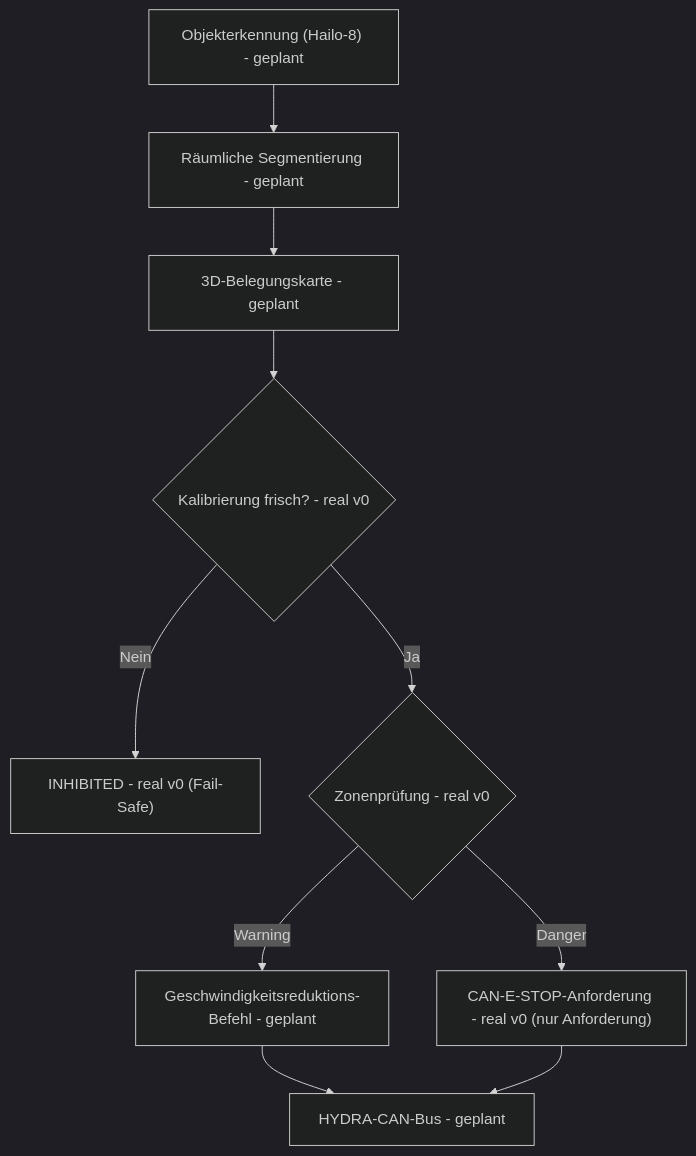
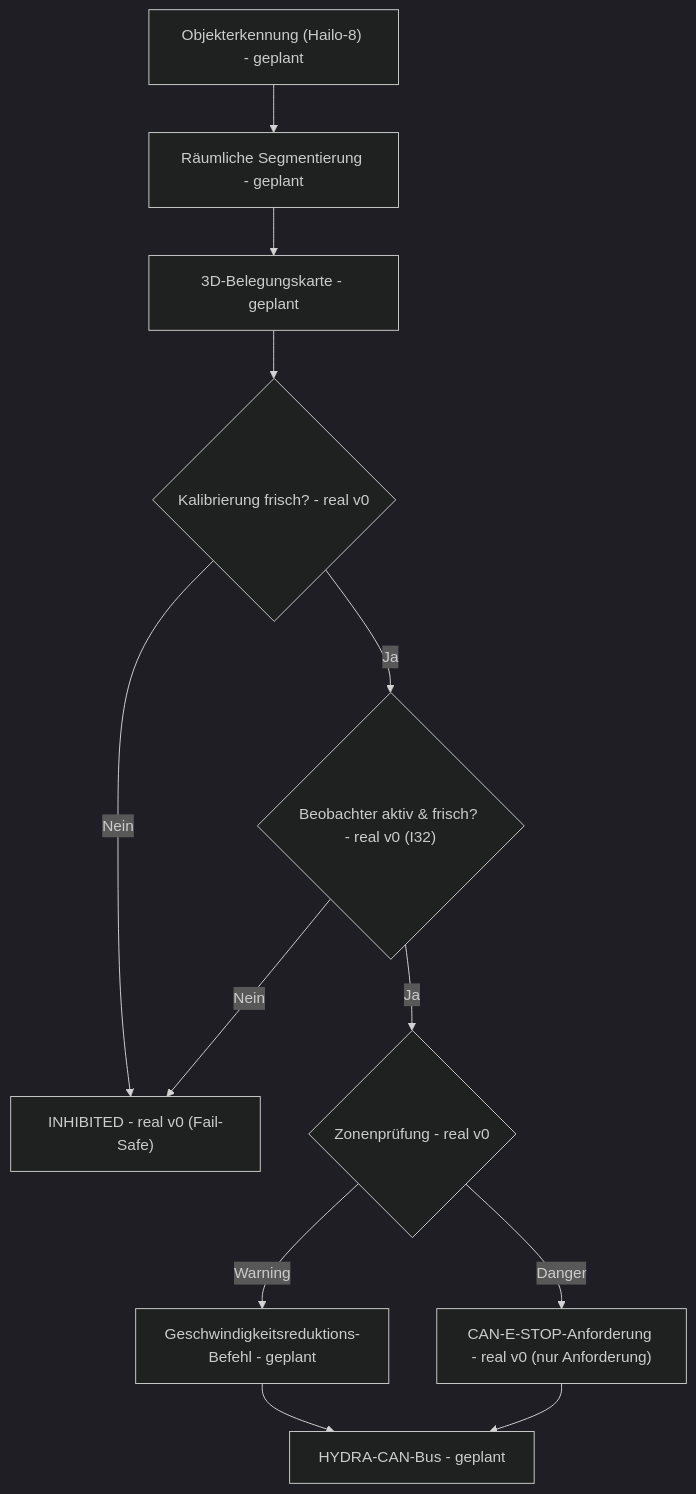
The diagram in README_deu.md (JuanenRac/HYDRA-UMC-SAFETY-ZONES), drawn with Mermaid (dark theme) before and after one commit. The commit also changed other lines of this file and 19 other files, not shown here.

````diff
--- a/README_deu.md
+++ b/README_deu.md
@@ -48,12 +49,14 @@
 ```mermaid
 flowchart TB
     DET["Objekterkennung (Hailo-8) - geplant"] --> SEG["Räumliche Segmentierung - geplant"]
     SEG --> MAP["3D-Belegungskarte - geplant"]
     MAP --> CAL{"Kalibrierung frisch? - real v0"}
     CAL -- Nein --> INHIBIT["INHIBITED - real v0 (Fail-Safe)"]
-    CAL -- Ja --> ZONE{"Zonenprüfung - real v0"}
+    CAL -- Ja --> OBS{"Beobachter aktiv & frisch? - real v0 (I32)"}
+    OBS -- Nein --> INHIBIT
+    OBS -- Ja --> ZONE{"Zonenprüfung - real v0"}
     ZONE -- Warning --> SLOW["Geschwindigkeitsreduktions-Befehl - geplant"]
     ZONE -- Danger --> STOP["CAN-E-STOP-Anforderung - real v0 (nur Anforderung)"]
     SLOW --> CAN["HYDRA-CAN-Bus - geplant"]
     STOP --> CAN
 ```
````
